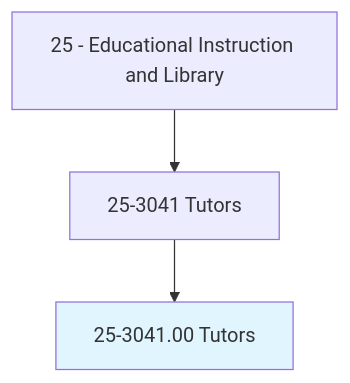
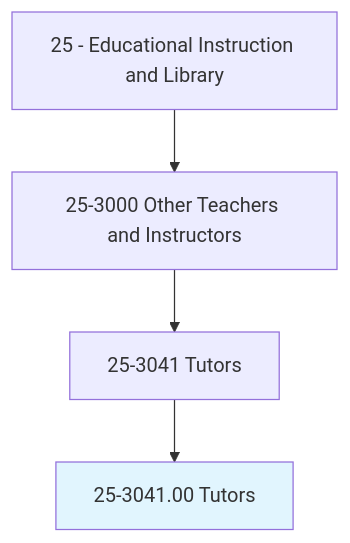
One commit to kziemski/business.org.ai changed the first of 4 diagrams in occupations/Education/Tutors.mdx. Above: the diagram before and after it, drawn with Mermaid. The commit also changed other lines of this file and 938 other files, not shown here.

````diff
--- a/occupations/Education/Tutors.mdx
+++ b/occupations/Education/Tutors.mdx
@@ -19,6 +23,7 @@
 ```mermaid
 graph TD
-    Cat25["25 - Educational Instruction and Library"] --> Group253041["25-3041 Tutors"]
+    Cat25["25 - Educational Instruction and Library"] --> Group253["25-3000 Other Teachers and Instructors"]
+    Group253 --> Group253041["25-3041 Tutors"]
     Group253041 --> Current["25-3041.00 Tutors"]
     style Current fill:#e1f5fe
 ```
````
